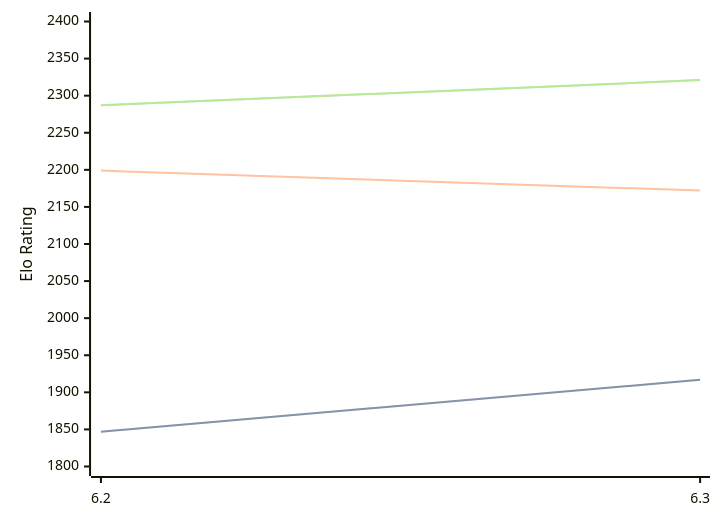
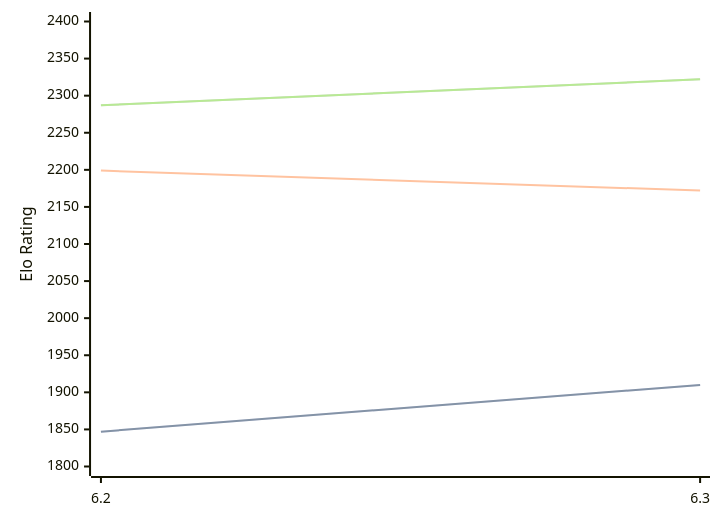
Before and after one commit to computer-chess-index/cci: the third of 3 diagrams in engines/chess4j.md, drawn with Mermaid. The commit also changed other lines of this file, not shown here.

Commit message:
Update CCI Ratings (ELO VLTC) - 2026-06-16

````diff
--- a/engines/chess4j.md
+++ b/engines/chess4j.md
@@ -71,11 +71,11 @@
 ```mermaid
 %%{init: {"theme":"base","themeVariables":{"seriesColors:['#a3a3a3','#222221','#faa371']}}}%%
 xychart-beta
   x-axis ["6.2", "6.3"]
   y-axis "Elo Rating" 1800 --> 2400
-  line "STC (8.0+0.08s)" [1847, 1917]
-  line "STC (8.0+0.08s)" [1847, 1917]
+  line "STC (8.0+0.08s)" [1847, 1910]
+  line "STC (8.0+0.08s)" [1847, 1910]
   line "LTC (60.0+0.60s)" [2199, 2172]
-  line "VLTC (2m24s+1.12s)" [2287, 2321]
-  line "VLTC (2m24s+1.12s)" [2287, 2321]
+  line "VLTC (2m24s+1.12s)" [2287, 2322]
+  line "VLTC (2m24s+1.12s)" [2287, 2322]
 ```
````
